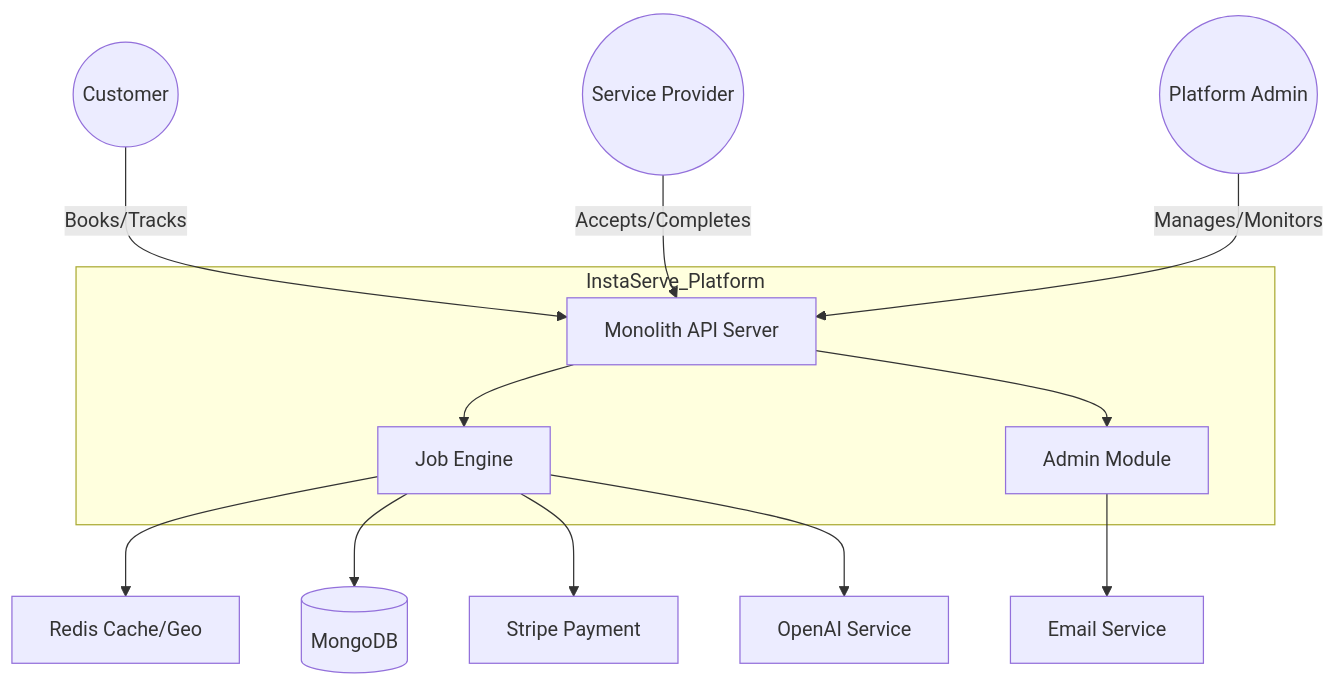
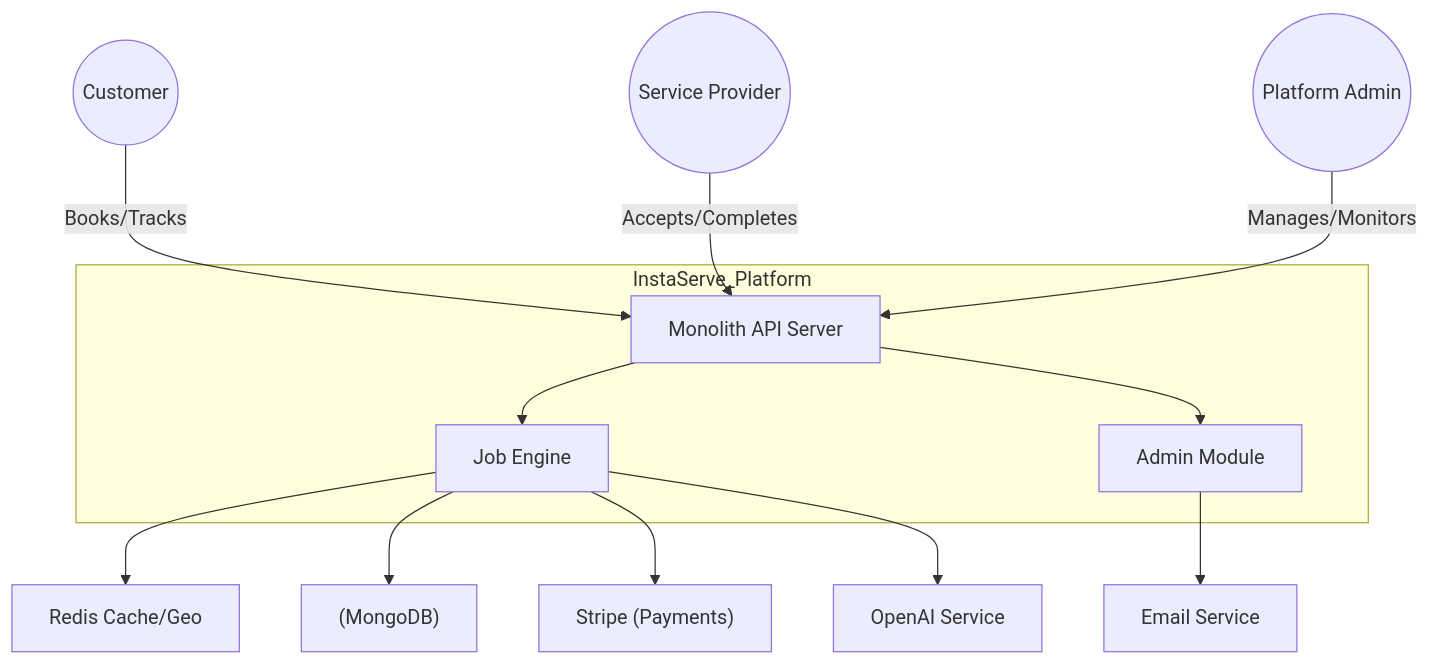
One commit to Somilg11/oddigo-v2 changed the first of 4 diagrams in docs_detailed_flows/HLD.md. Above: the diagram before and after it, drawn with Mermaid. The commit also changed other lines of this file and 1 other file, not shown here.

````diff
--- a/docs_detailed_flows/HLD.md
+++ b/docs_detailed_flows/HLD.md
@@ -9,32 +9,32 @@
 ```mermaid
 graph TD
     User((Customer))
     Worker((Service Provider))
     Admin((Platform Admin))
     
     subgraph InstaServe_Platform
         API[Monolith API Server]
         JobEngine[Job Engine]
         AdminModule[Admin Module]
     end
 
-    Stripe[Stripe Payment]
-    Redis[Redis Cache/Geo]
-    Mongo[(MongoDB)]
-    OpenAI[OpenAI Service]
-    SMTP[Email Service]
+    Stripe["Stripe (Payments)"]
+    Redis["Redis Cache/Geo"]
+    Mongo["(MongoDB)"]
+    OpenAI["OpenAI Service"]
+    SMTP["Email Service"]
 
     User -->|Books/Tracks| API
     Worker -->|Accepts/Completes| API
     Admin -->|Manages/Monitors| API
 
     API --> JobEngine
     API --> AdminModule
     
     JobEngine --> Redis
     JobEngine --> Mongo
     
     JobEngine --> Stripe
     JobEngine --> OpenAI
     AdminModule --> SMTP
 ```
````
